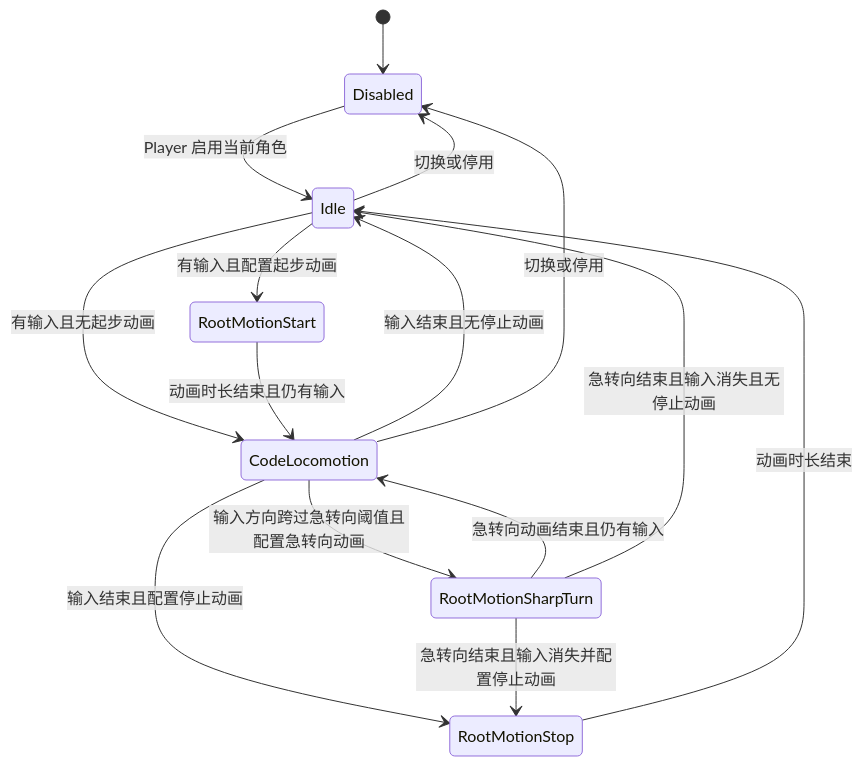
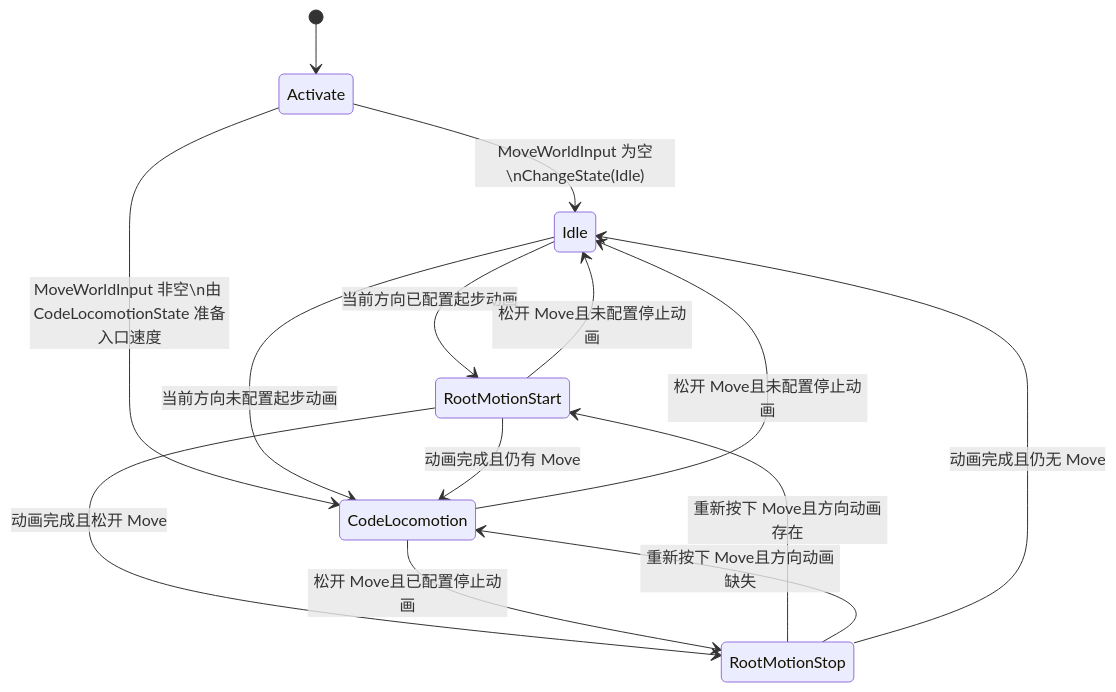
One commit to Whitesheeeep/3DRPG changed the fifth of 7 diagrams in Assets/Scripts/Character/CharacterControlAndMotionArchitecture.md. Above: the diagram before and after it, drawn with Mermaid. The commit also changed other lines of this file and 56 other files, not shown here.

Commit message:
1. MotionDriver SKillConfig Task 中获取对应的移动控制。 2. AnimationMove 运动和 Fixed 一致，通过传递数据进行，而不是交给 MotionDriver 自己获取。 3.

````diff
--- a/Assets/Scripts/Character/CharacterControlAndMotionArchitecture.md
+++ b/Assets/Scripts/Character/CharacterControlAndMotionArchitecture.md
@@ -124,17 +205,16 @@
 ```mermaid
 stateDiagram-v2
-    [*] --> Disabled
-    Disabled --> Idle: Player 启用当前角色
-    Idle --> RootMotionStart: 有输入且配置起步动画
-    Idle --> CodeLocomotion: 有输入且无起步动画
-    RootMotionStart --> CodeLocomotion: 动画时长结束且仍有输入
-    CodeLocomotion --> RootMotionStop: 输入结束且配置停止动画
-    CodeLocomotion --> Idle: 输入结束且无停止动画
-    CodeLocomotion --> RootMotionSharpTurn: 输入方向跨过急转向阈值且配置急转向动画
-    RootMotionSharpTurn --> CodeLocomotion: 急转向动画结束且仍有输入
-    RootMotionSharpTurn --> RootMotionStop: 急转向结束且输入消失并配置停止动画
-    RootMotionSharpTurn --> Idle: 急转向结束且输入消失且无停止动画
-    RootMotionStop --> Idle: 动画时长结束
-    Idle --> Disabled: 切换或停用
-    CodeLocomotion --> Disabled: 切换或停用
+    [*] --> Activate
+    Activate --> Idle: MoveWorldInput 为空\nChangeState(Idle)
+    Activate --> CodeLocomotion: MoveWorldInput 非空\n由 CodeLocomotionState 准备入口速度
+    Idle --> RootMotionStart: 当前方向已配置起步动画
+    Idle --> CodeLocomotion: 当前方向未配置起步动画
+    RootMotionStart --> CodeLocomotion: 动画完成且仍有 Move
+    RootMotionStart --> RootMotionStop: 动画完成且松开 Move
+    RootMotionStart --> Idle: 松开 Move且未配置停止动画
+    CodeLocomotion --> RootMotionStop: 松开 Move且已配置停止动画
+    CodeLocomotion --> Idle: 松开 Move且未配置停止动画
+    RootMotionStop --> RootMotionStart: 重新按下 Move且方向动画存在
+    RootMotionStop --> CodeLocomotion: 重新按下 Move且方向动画缺失
+    RootMotionStop --> Idle: 动画完成且仍无 Move
 ```
````
